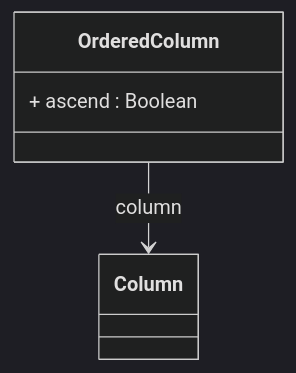
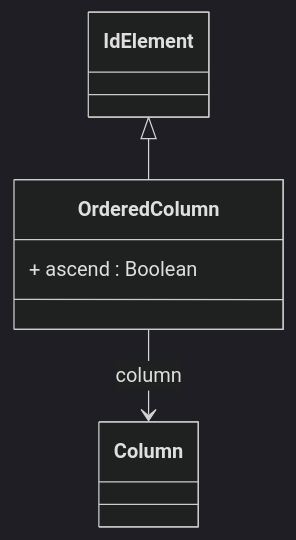
The diagram in docs/cubeserver/model/class-OrderedColumn.md (eclipse-daanse/eclipse-daanse.github.io), drawn with Mermaid (dark theme) before and after one commit. The commit also changed other lines of this file and 262 other files, not shown here.

````diff
--- a/docs/cubeserver/model/class-OrderedColumn.md
+++ b/docs/cubeserver/model/class-OrderedColumn.md
@@ -72,10 +75,10 @@
 ```mermaid
 classDiagram
   class OrderedColumn {
     + ascend : Boolean
   }
 
-
+  IdElement <|-- OrderedColumn
   OrderedColumn --> Column : column
 
 ```
````
